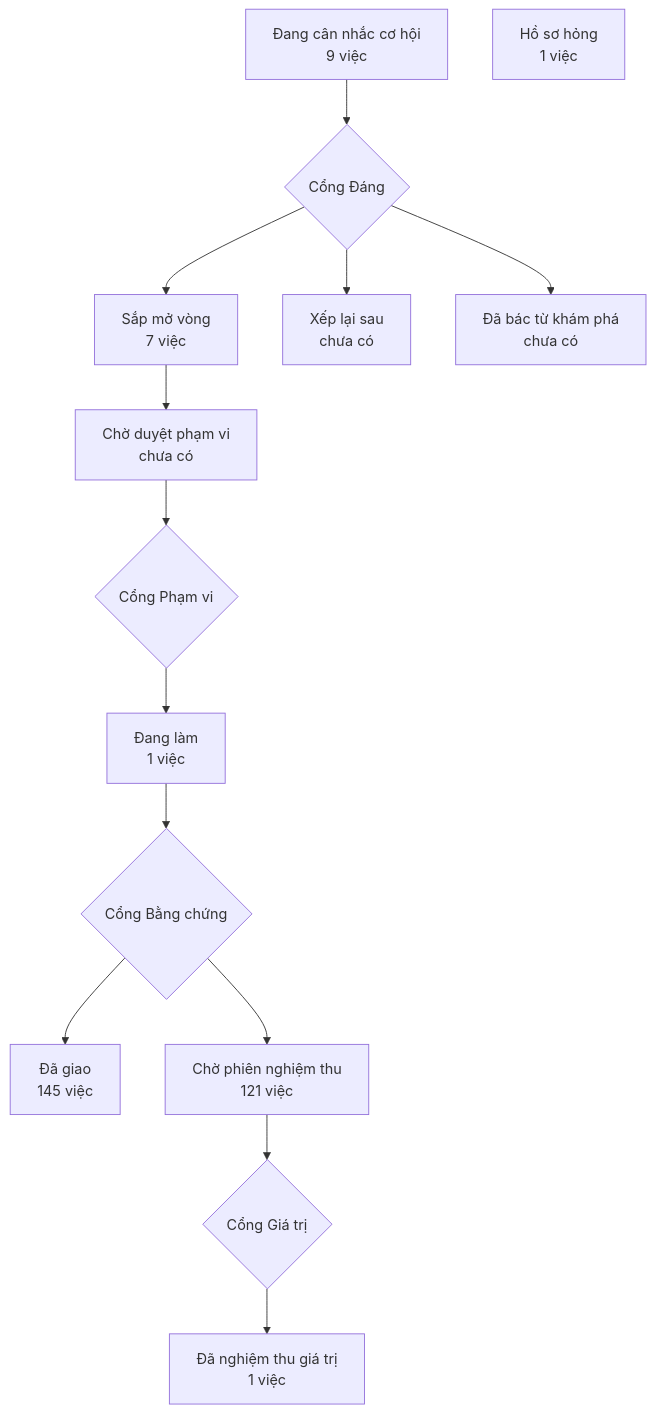
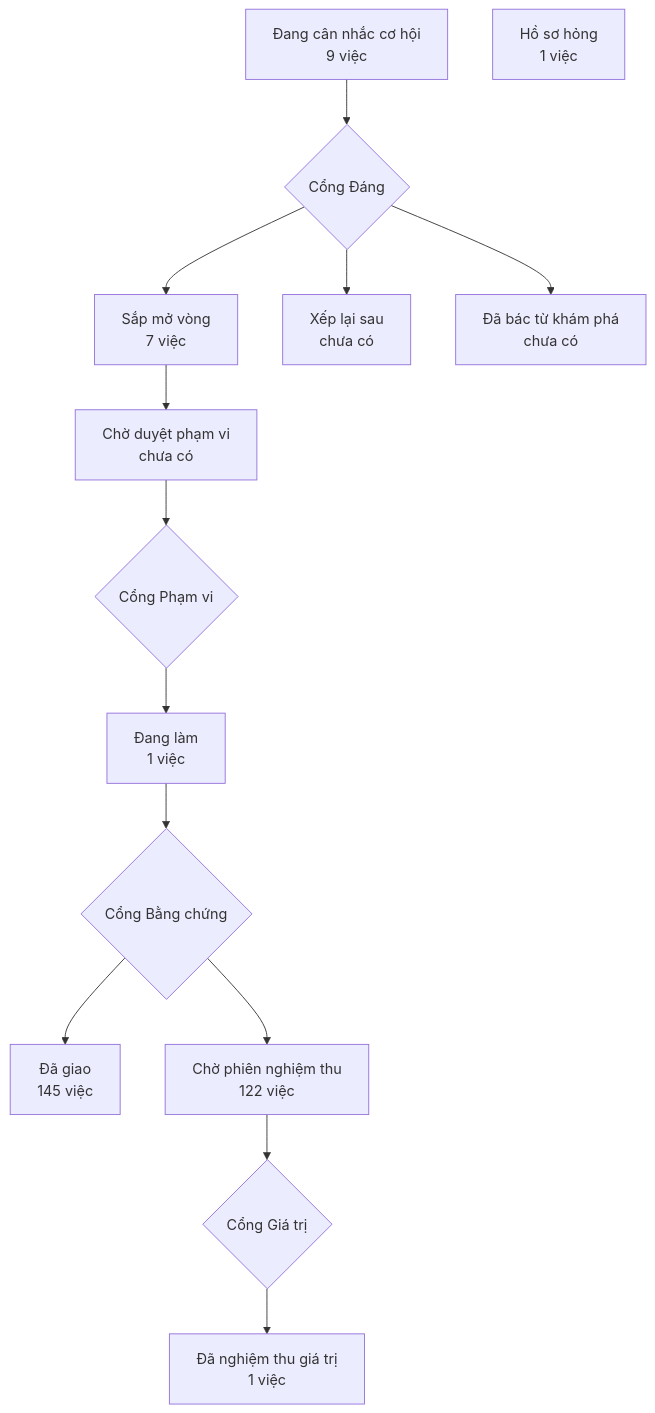
The diagram in PRODUCT-MAP.md (phanlemanh/crm-onehub), drawn with Mermaid before and after one commit. The commit also changed other lines of this file and 1 other file, not shown here.

Commit message:
vẽ lại PRODUCT-MAP và LO-TRINH sau gộp onehub f59e83cd3

````diff
--- a/PRODUCT-MAP.md
+++ b/PRODUCT-MAP.md
@@ -7,13 +7,13 @@
 ```mermaid
 flowchart TD
   A["Đang cân nhắc cơ hội<br/>9 việc"] --> GD{"Cổng Đáng"}
   GD --> B["Sắp mở vòng<br/>7 việc"]
   GD --> XL["Xếp lại sau<br/>chưa có"]
   GD --> DB["Đã bác từ khám phá<br/>chưa có"]
   B --> CD["Chờ duyệt phạm vi<br/>chưa có"] --> GP{"Cổng Phạm vi"}
   GP --> DL["Đang làm<br/>1 việc"] --> GB{"Cổng Bằng chứng"}
   GB --> DG["Đã giao<br/>145 việc"]
-  GB --> CN["Chờ phiên nghiệm thu<br/>121 việc"] --> GG{"Cổng Giá trị"}
+  GB --> CN["Chờ phiên nghiệm thu<br/>122 việc"] --> GG{"Cổng Giá trị"}
   GG --> NT["Đã nghiệm thu giá trị<br/>1 việc"]
   HS["Hồ sơ hỏng<br/>1 việc"]
 ```
````
